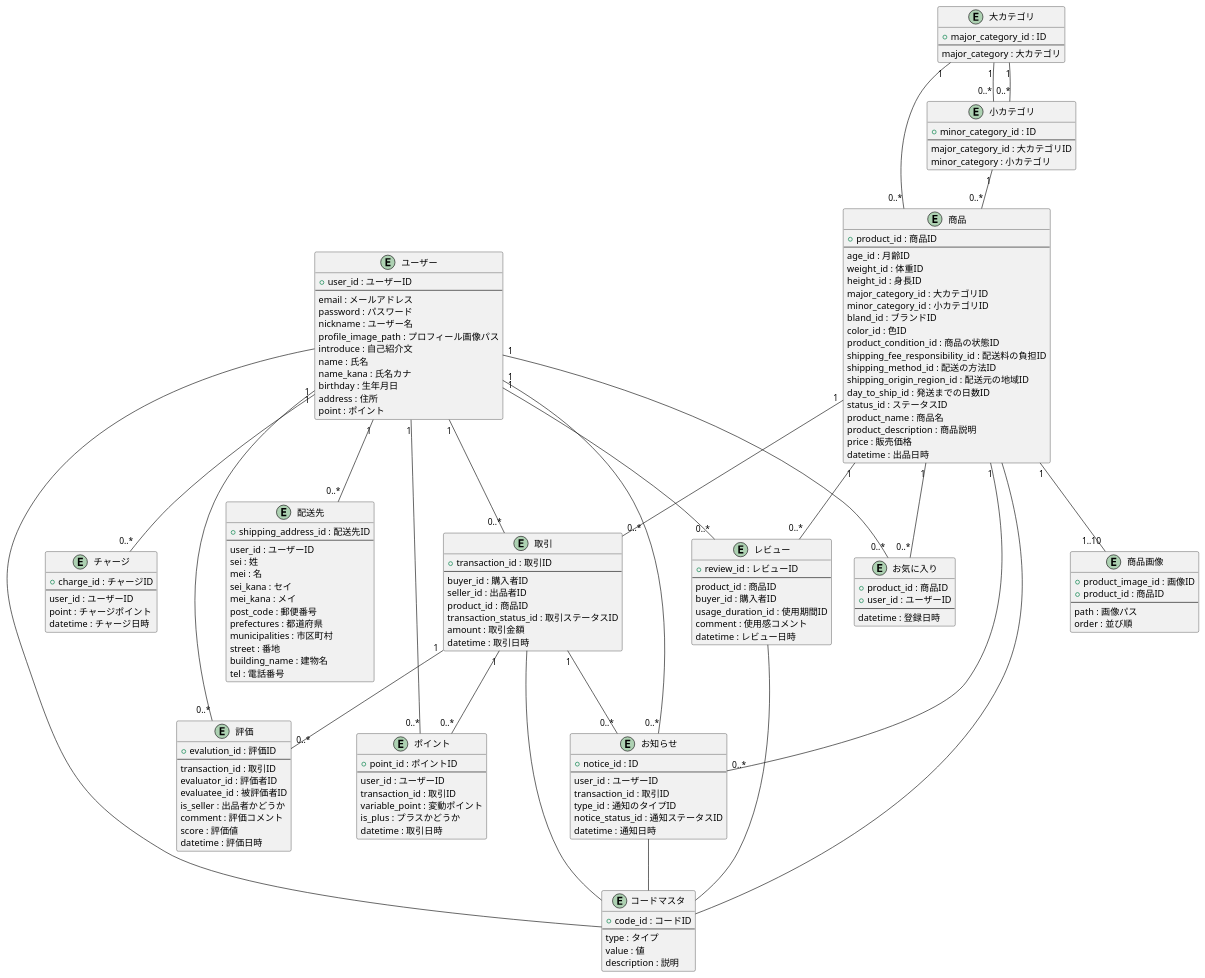
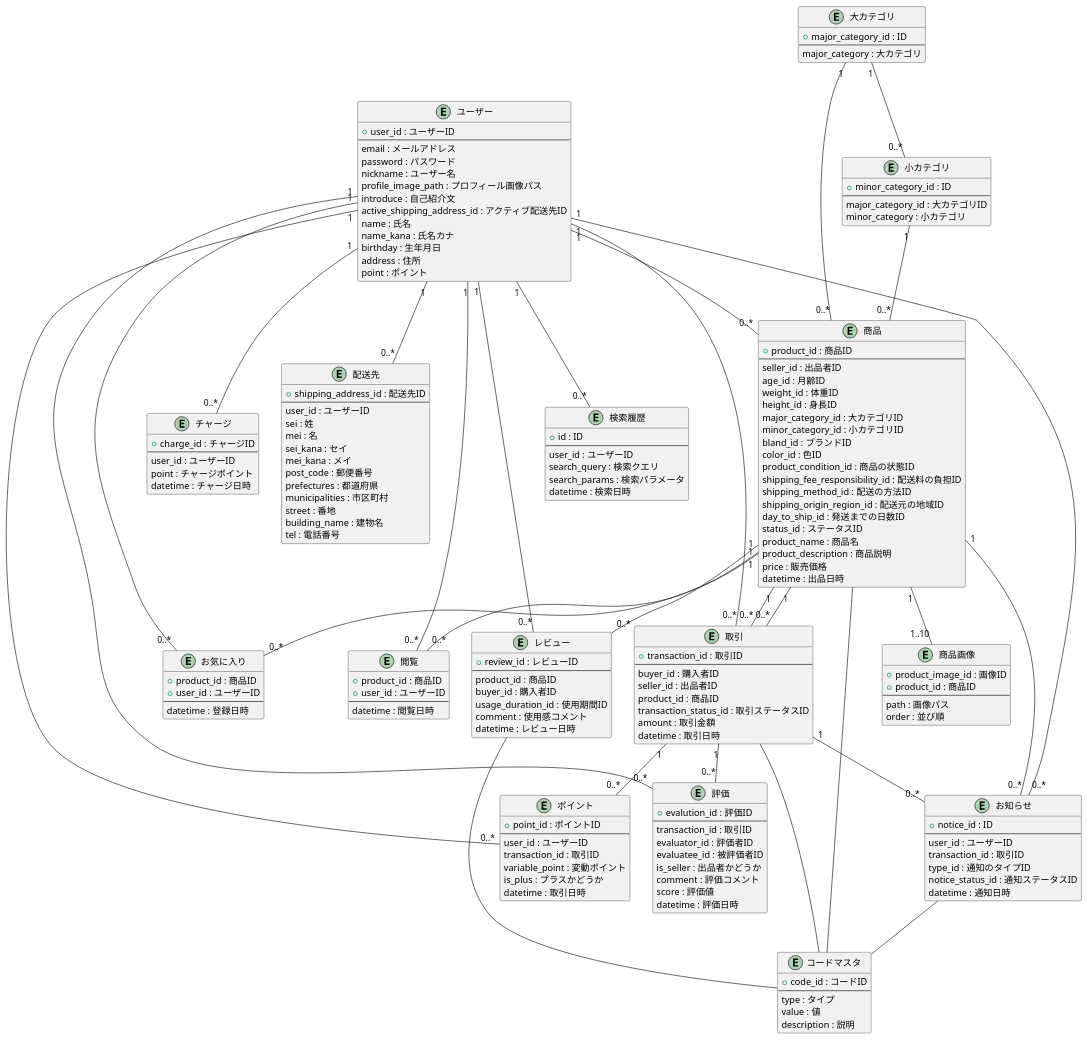
One commit to togask/baby-motsu changed the diagram in ER.pu. Above: the diagram before and after it, drawn with PlantUML. The commit also changed 1 other file, not shown here.

Commit message:
seller_idの漏れ追加

```diff
--- a/ER.pu
+++ b/ER.pu
@@ -1,178 +1,199 @@
 @startuml
 
 entity "ユーザー" as user {
   + user_id : ユーザーID
   --
   email : メールアドレス
   password : パスワード
   nickname : ユーザー名
   profile_image_path : プロフィール画像パス
   introduce : 自己紹介文
+  active_shipping_address_id : アクティブ配送先ID
   name : 氏名
   name_kana : 氏名カナ
   birthday : 生年月日
   address : 住所
   point : ポイント
 }
 
 entity "配送先" as shipping_address {
   + shipping_address_id : 配送先ID
   --
   user_id : ユーザーID
   sei : 姓
   mei : 名
   sei_kana : セイ
   mei_kana : メイ
   post_code : 郵便番号
   prefectures : 都道府県
   municipalities : 市区町村
   street : 番地
   building_name : 建物名
   tel : 電話番号
+}
+
+entity "検索履歴" as search_history {
+  + id : ID
+  --
+  user_id : ユーザーID
+  search_query : 検索クエリ
+  search_params : 検索パラメータ
+  datetime : 検索日時
 }
 
 entity "取引" as transaction {
   + transaction_id : 取引ID
   --
   buyer_id : 購入者ID
   seller_id : 出品者ID
   product_id : 商品ID
   transaction_status_id : 取引ステータスID
   amount : 取引金額
   datetime : 取引日時
 }
 
 entity "ポイント" as point {
   + point_id : ポイントID
   --
   user_id : ユーザーID
   transaction_id : 取引ID
   variable_point : 変動ポイント
   is_plus : プラスかどうか
   datetime : 取引日時
 }
 
 entity "お気に入り" as favorite {
   + product_id : 商品ID
   + user_id : ユーザーID
   --
   datetime : 登録日時
 }
 
+entity "閲覧" as productviews {
+  + product_id : 商品ID
+  + user_id : ユーザーID
+  --
+  datetime : 閲覧日時
+}
+
 entity "チャージ" as charge {
   + charge_id : チャージID
   --
   user_id : ユーザーID
   point : チャージポイント
   datetime : チャージ日時
 }
 
 entity "レビュー" as review {
   + review_id : レビューID
   --
   product_id : 商品ID
   buyer_id : 購入者ID
   usage_duration_id : 使用期間ID
   comment : 使用感コメント
   datetime : レビュー日時
 }
 
 entity "商品" as product {
   + product_id : 商品ID
   --
+  seller_id : 出品者ID
   age_id : 月齢ID
   weight_id : 体重ID
   height_id : 身長ID
   major_category_id : 大カテゴリID
   minor_category_id : 小カテゴリID
   bland_id : ブランドID
   color_id : 色ID
   product_condition_id : 商品の状態ID
   shipping_fee_responsibility_id : 配送料の負担ID
   shipping_method_id : 配送の方法ID
   shipping_origin_region_id : 配送元の地域ID
   day_to_ship_id : 発送までの日数ID
   status_id : ステータスID
   product_name : 商品名
   product_description : 商品説明
   price : 販売価格
   datetime : 出品日時
 }
 
 entity "商品画像" as product_image {
   + product_image_id : 画像ID
   + product_id : 商品ID
   --
   path : 画像パス
   order : 並び順
 }
 
 entity "評価" as evaluation {
   + evalution_id : 評価ID
   --
   transaction_id : 取引ID
   evaluator_id : 評価者ID
   evaluatee_id : 被評価者ID
   is_seller : 出品者かどうか
   comment : 評価コメント
   score : 評価値
   datetime : 評価日時
 }
 
 entity "お知らせ" as notice {
   + notice_id : ID
   --
   user_id : ユーザーID
   transaction_id : 取引ID
   type_id : 通知のタイプID
   notice_status_id : 通知ステータスID
   datetime : 通知日時
 }
 
 entity "大カテゴリ" as major_category {
   + major_category_id : ID
   --
   major_category : 大カテゴリ
 }
 
 entity "小カテゴリ" as minor_category {
   + minor_category_id : ID
   --
   major_category_id : 大カテゴリID
   minor_category : 小カテゴリ
 }
 
 entity "コードマスタ" as code_master {
   + code_id : コードID
   --
   type : タイプ
   value : 値
   description : 説明
 }
 
 user "1" -- "0..*" shipping_address
 user "1" -- "0..*" transaction
+user "1" -- "0..*" search_history
+user "1" -- "0..*" point
+user "1" -- "0..*" favorite
+user "1" -- "0..*" productviews
+user "1" -- "0..*" charge
+user "1" -- "0..*" review
+user "1" -- "0..*" evaluation
+user "1" -- "0..*" notice
+user "1" -- "0..*" product
+product "1" -- "0..*" transaction
 product "1" -- "0..*" transaction
 product "1" -- "1..10" product_image
-user "1" -- "0..*" point
-transaction "1" -- "0..*" point
 product "1" -- "0..*" favorite
-user "1" -- "0..*" favorite
-user "1" -- "0..*" charge
+product "1" -- "0..*" productviews
 product "1" -- "0..*" review
-user "1" -- "0..*" review
+product "1" -- "0..*" notice
 major_category "1" -- "0..*" product
 minor_category "1" -- "0..*" product
+major_category "1" -- "0..*" minor_category
+transaction "1" -- "0..*" point
 transaction "1" -- "0..*" evaluation
-user "1" -- "0..*" evaluation
-major_category "1" -- "0..*" minor_category
-user "1" -- "0..*" notice
 transaction "1" -- "0..*" notice
-product "1" -- "0..*" notice
-major_category "1" -- "0..*" minor_category
 product -- code_master
-user -- code_master
 transaction -- code_master
 review -- code_master
 notice -- code_master
 @enduml
```
